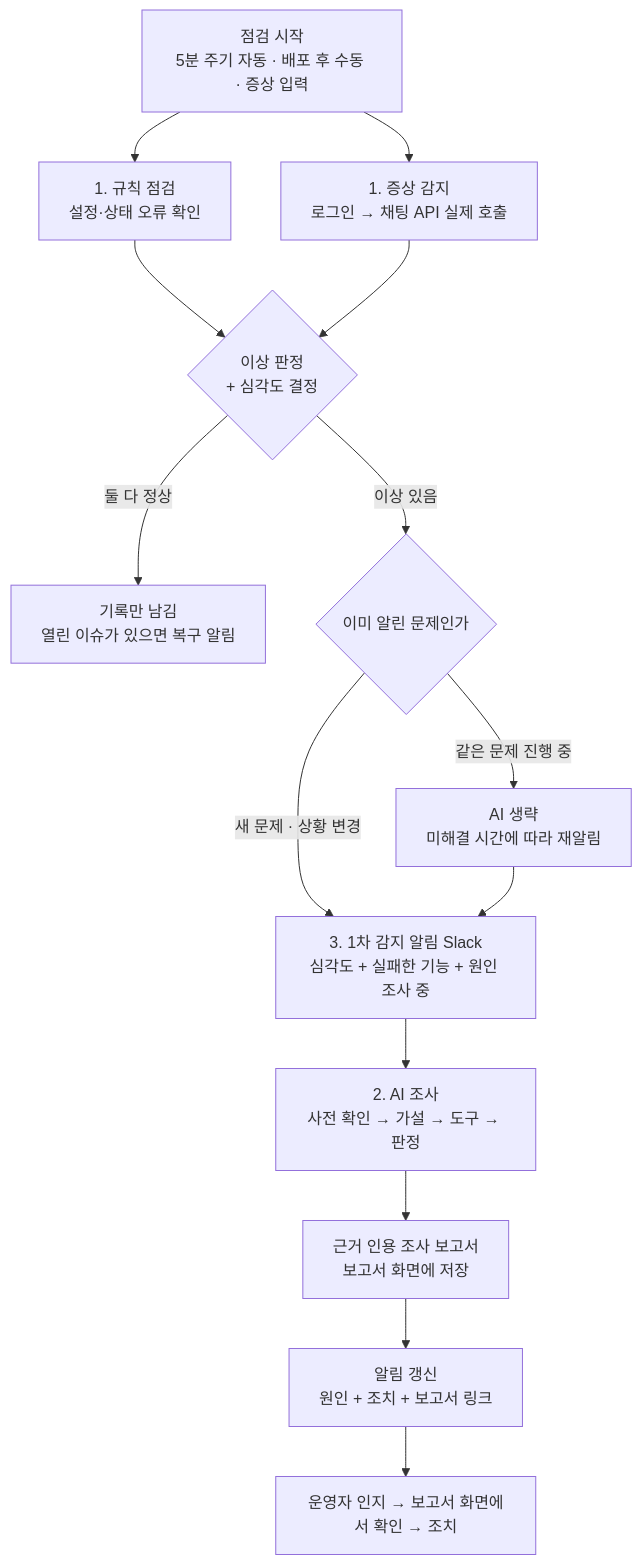
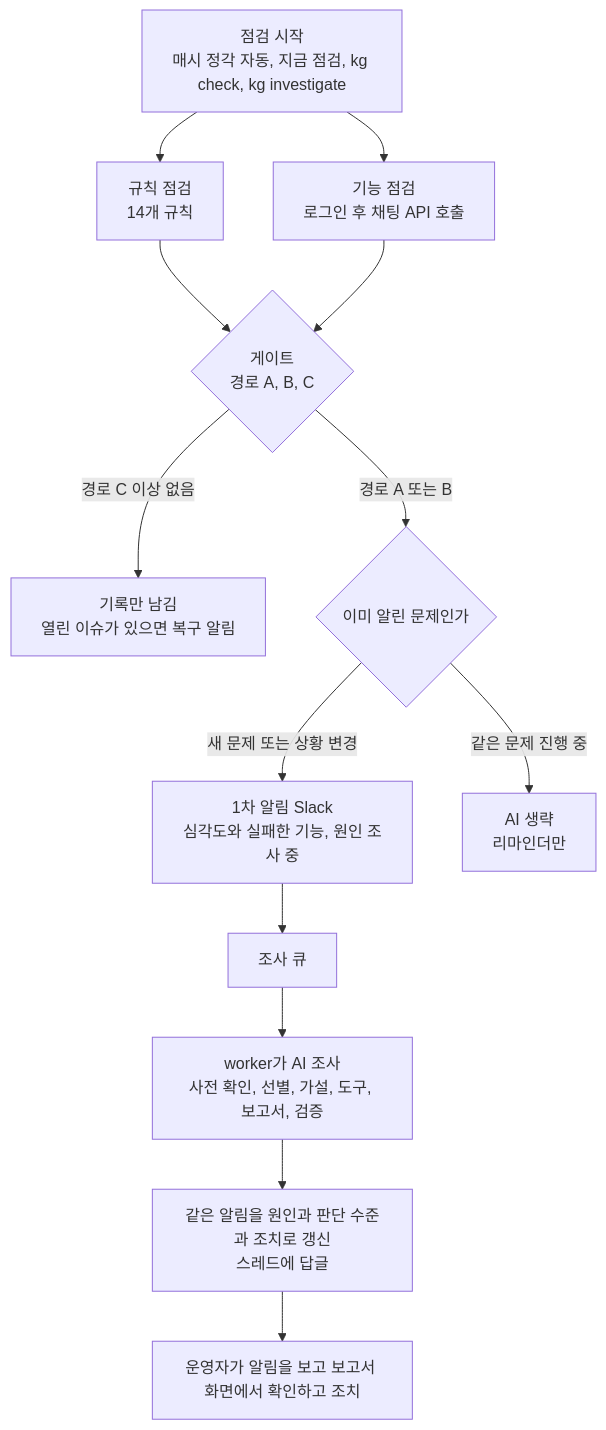
Before and after one commit to skax-jihyeryu/KubeGuardian: the second of 2 diagrams in docs/산출물/02-문제정의및서비스기획.md, drawn with Mermaid. The commit also changed other lines of this file and 7 other files, not shown here.

````diff
--- a/docs/산출물/02-문제정의및서비스기획.md
+++ b/docs/산출물/02-문제정의및서비스기획.md
@@ -143,16 +54,15 @@
 ```mermaid
 flowchart TB
-    T[점검 시작<br/>5분 주기 자동 · 배포 후 수동 · 증상 입력] --> R[1. 규칙 점검<br/>설정·상태 오류 확인]
-    T --> S[1. 증상 감지<br/>로그인 → 채팅 API 실제 호출]
-    R --> G{이상 판정<br/>+ 심각도 결정}
+    T[점검 시작<br/>매시 정각 자동, 지금 점검, kg check, kg investigate] --> R[규칙 점검<br/>14개 규칙]
+    T --> S[기능 점검<br/>로그인 후 채팅 API 호출]
+    R --> G{게이트<br/>경로 A, B, C}
     S --> G
-    G -->|둘 다 정상| OK[기록만 남김<br/>열린 이슈가 있으면 복구 알림]
-    G -->|이상 있음| D{이미 알린 문제인가}
-    D -->|새 문제 · 상황 변경| N1[3. 1차 감지 알림 Slack<br/>심각도 + 실패한 기능 + 원인 조사 중]
-    N1 --> AI[2. AI 조사<br/>사전 확인 → 가설 → 도구 → 판정]
-    D -->|같은 문제 진행 중| RM[AI 생략<br/>미해결 시간에 따라 재알림]
-    AI --> REP[근거 인용 조사 보고서<br/>보고서 화면에 저장]
-    REP --> N[알림 갱신<br/>원인 + 조치 + 보고서 링크]
-    RM --> N1
-    N --> K[운영자 인지 → 보고서 화면에서 확인 → 조치]
+    G -->|경로 C 이상 없음| OK[기록만 남김<br/>열린 이슈가 있으면 복구 알림]
+    G -->|경로 A 또는 B| D{이미 알린 문제인가}
+    D -->|새 문제 또는 상황 변경| N1[1차 알림 Slack<br/>심각도와 실패한 기능, 원인 조사 중]
+    N1 --> Q[조사 큐]
+    Q --> AI[worker가 AI 조사<br/>사전 확인, 선별, 가설, 도구, 보고서, 검증]
+    AI --> N[같은 알림을 원인과 판단 수준과 조치로 갱신<br/>스레드에 답글]
+    D -->|같은 문제 진행 중| RM[AI 생략<br/>리마인더만]
+    N --> K[운영자가 알림을 보고 보고서 화면에서 확인하고 조치]
 ```
````
